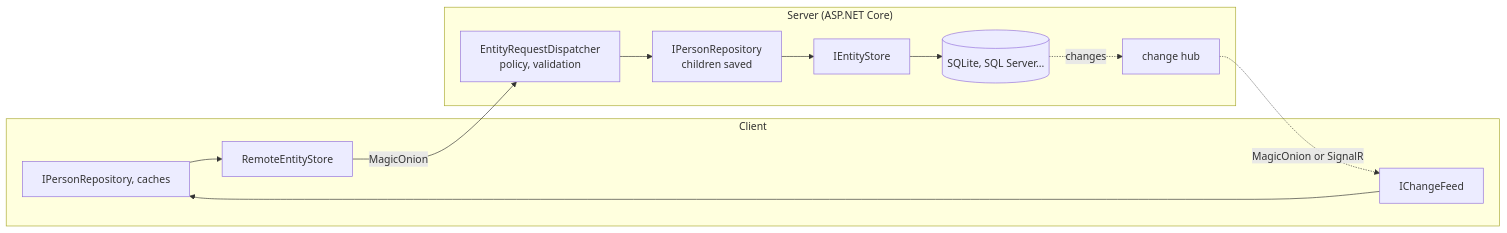
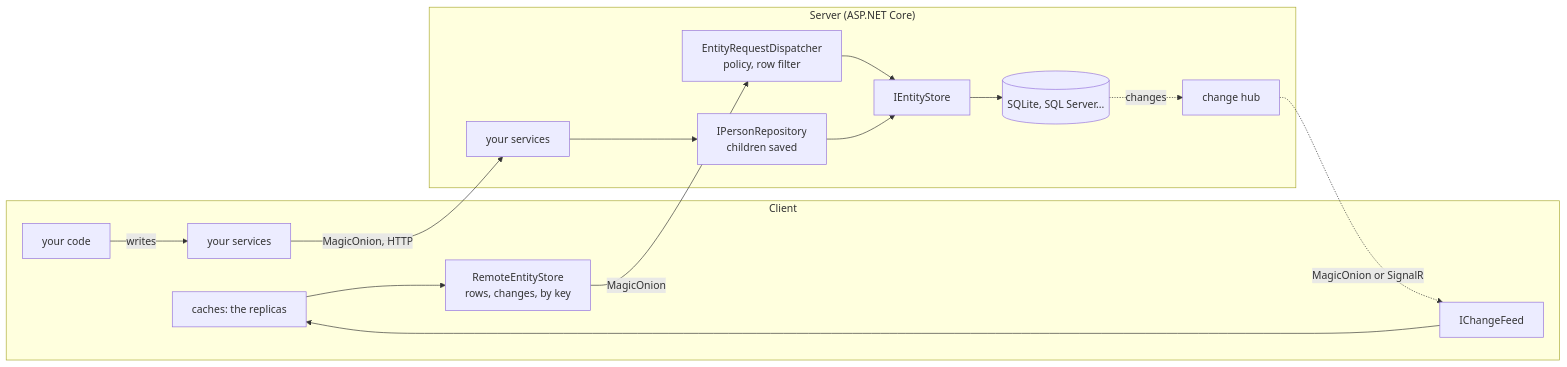
One commit to cedric56/Queryeables changed the diagram in README.md. Above: the diagram before and after it, drawn with Mermaid. The commit also changed other lines of this file and 94 other files, not shown here.

````diff
--- a/README.md
+++ b/README.md
@@ -126,15 +128,18 @@
 ```mermaid
 flowchart LR
     subgraph Client
-        VM[IPersonRepository, caches] --> RS[RemoteEntityStore]
+        VM[caches: the replicas] --> RS[RemoteEntityStore<br/>rows, changes, by key]
         M[IChangeFeed] --> VM
+        APP[your code] -- writes --> SVC[your services]
     end
     subgraph Server["Server (ASP.NET Core)"]
-        D[EntityRequestDispatcher<br/>policy, validation] --> PS[IPersonRepository<br/>children saved]
-        PS --> ST[IEntityStore]
+        D[EntityRequestDispatcher<br/>policy, row filter] --> ST[IEntityStore]
+        SVC2[your services] --> PS[IPersonRepository<br/>children saved]
+        PS --> ST
         ST --> DB[(SQLite, SQL Server...)]
         DB -. changes .-> H[change hub]
     end
     RS -- MagicOnion --> D
+    SVC -- MagicOnion, HTTP --> SVC2
     H -. MagicOnion or SignalR .-> M
 ```
````
